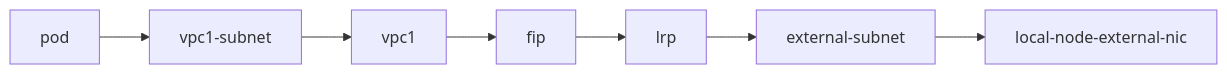
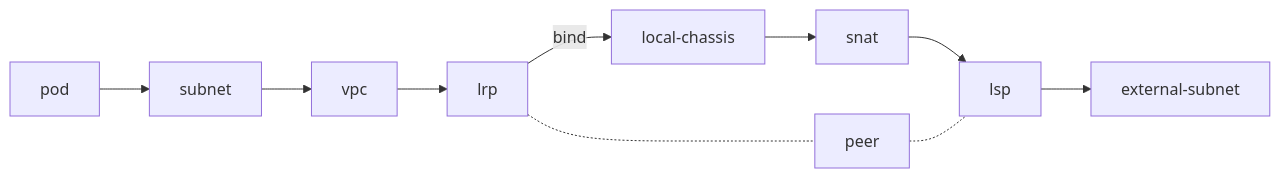
Before and after one commit to kubeovn/docs: the second of 2 diagrams in docs/advance/ovn-eip-fip-snat.en.md, drawn with Mermaid. The commit also changed other lines of this file and 9 other files, not shown here.

````diff
--- a/docs/advance/ovn-eip-fip-snat.en.md
+++ b/docs/advance/ovn-eip-fip-snat.en.md
@@ -12,6 +16,11 @@
 ``` mermaid
+
 graph LR
 
 
-pod-->vpc1-subnet-->vpc1-->fip-->lrp-->external-subnet-->local-node-external-nic
+pod-->subnet-->vpc-->lrp--bind-->local-chassis-->snat-->lsp-->external-subnet
+
+
+lrp-.-peer-.-lsp
+
 ```
````
